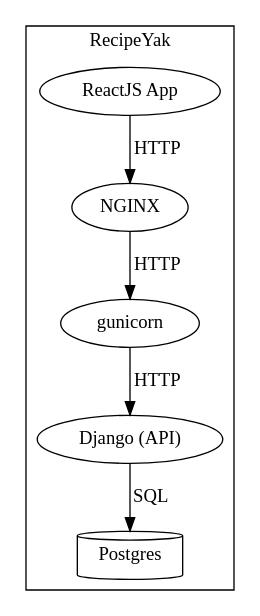
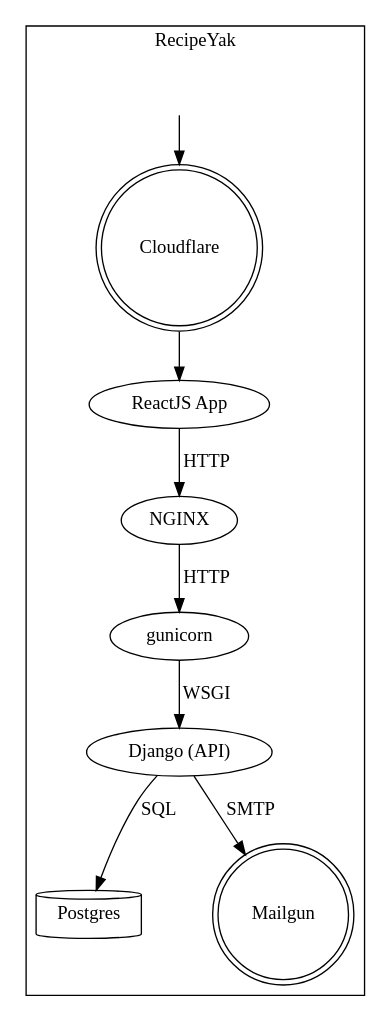
One commit to recipeyak/recipeyak changed the diagram in design.dot. Above: the diagram before and after it, drawn with Graphviz. The commit also changed 1 other file, not shown here.

```diff
--- a/design.dot
+++ b/design.dot
@@ -1,17 +1,30 @@
 digraph RecipeYak {
+
+  nodesep=0.75;
 
   subgraph cluster_recipeyak {
     label = RecipeYak
 
+    Cloudflare[shape=doublecircle]
+
+    in[style=invis]
+
+    in -> Cloudflare -> "ReactJS App"
+
     "ReactJS App" -> NGINX [label="HTTP"]
 
-    NGINX -> gunicorn -> "Django (API)" [label="HTTP"]
+    NGINX -> gunicorn [label="HTTP"]
+
+    gunicorn -> "Django (API)" [label=WSGI]
 
     Postgres[shape=cylinder]
 
 
     "Django (API)" -> Postgres [label="SQL"]
+    "Django (API)" -> Mailgun [label="SMTP"]
+
+    Mailgun[shape=doublecircle]
 
   }
 
 }
```
